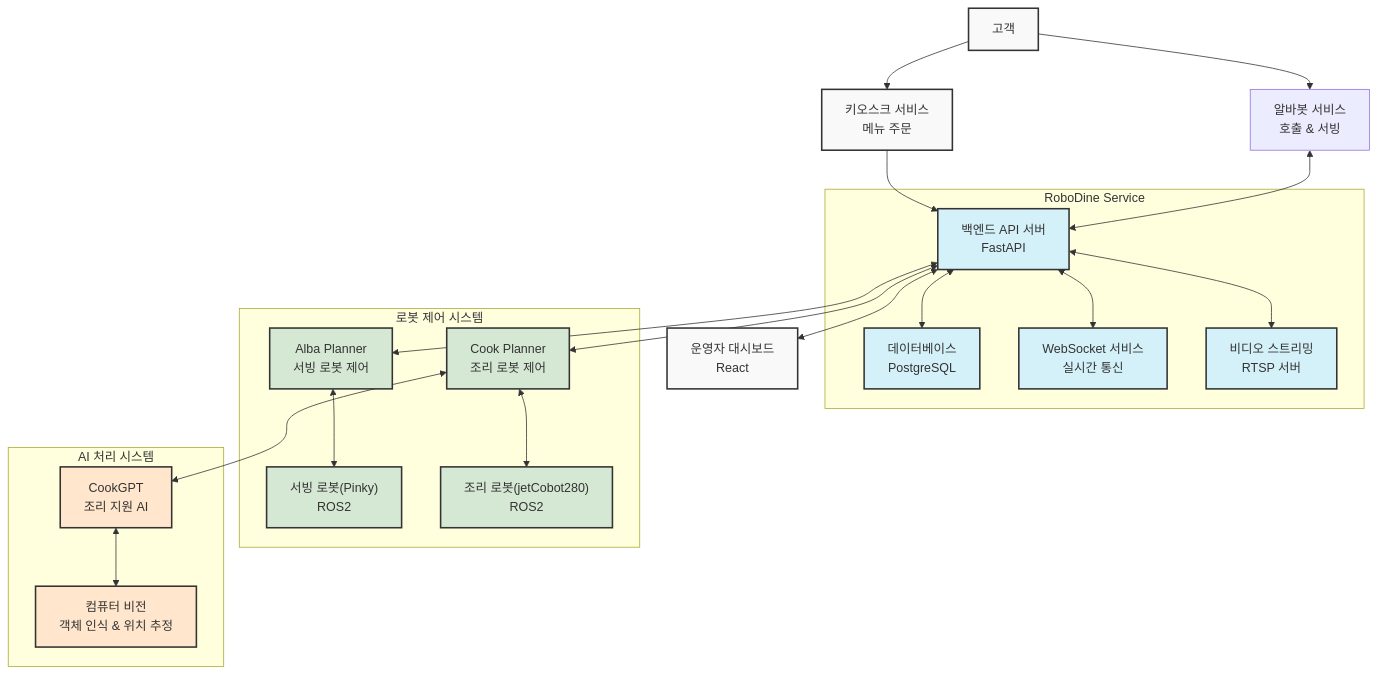
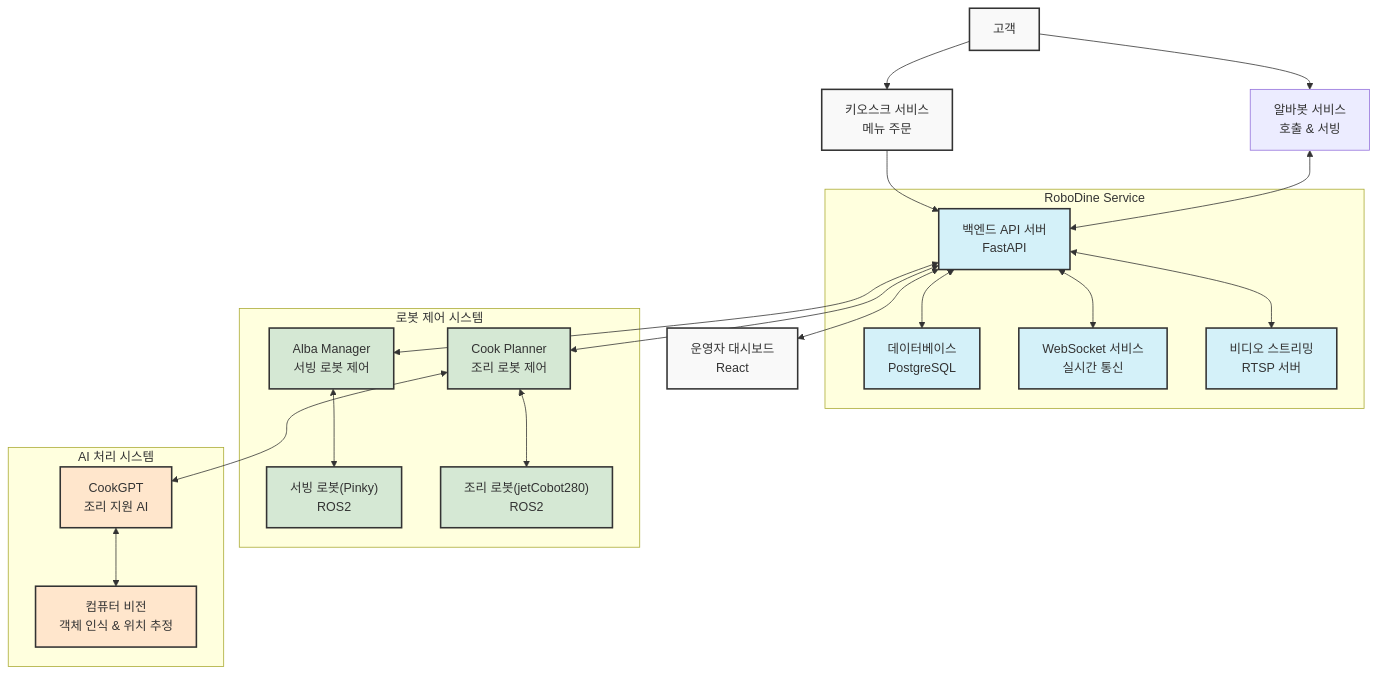
Before and after one commit to addinedu-roscamp-4th/roscamp-repo-2: the diagram in docs/architecture.md, drawn with Mermaid. The commit also changed other lines of this file and 4 other files, not shown here.

Commit message:
rename alba_planner -> alba_manager

````diff
--- a/docs/architecture.md
+++ b/docs/architecture.md
@@ -9,37 +9,37 @@
 ```mermaid
 graph TB
     A[고객] --> B[알바봇 서비스<br>호출 & 서빙]
     A --> C[키오스크 서비스<br>메뉴 주문]
     
     subgraph "RoboDine Service"
         D[백엔드 API 서버<br>FastAPI] <--> E[데이터베이스<br>PostgreSQL]
         D <--> F[WebSocket 서비스<br>실시간 통신]
         D <--> G[비디오 스트리밍<br>RTSP 서버]
     end
     
     subgraph "로봇 제어 시스템"
-        H[Alba Planner<br>서빙 로봇 제어] <--> I["서빙 로봇(Pinky)<br>ROS2"]
+        H[Alba Manager<br>서빙 로봇 제어] <--> I["서빙 로봇(Pinky)<br>ROS2"]
         J[Cook Planner<br>조리 로봇 제어] <--> K["조리 로봇(jetCobot280)<br>ROS2"]
     end
     
     subgraph "AI 처리 시스템"
         L[CookGPT<br>조리 지원 AI] <--> M[컴퓨터 비전<br>객체 인식 & 위치 추정]
     end
     
     C --> D
     B <--> D
     D <--> H
     D <--> J
     D <--> N[운영자 대시보드<br>React]
     J <--> L
     
     class A,C,N emphasis
     class D,E,F,G core
     class H,I,J,K robots
     class L,M ai
     
     classDef emphasis fill:#f9f9f9,stroke:#333,stroke-width:2px
     classDef core fill:#d4f1f9,stroke:#333,stroke-width:2px
     classDef robots fill:#d5e8d4,stroke:#333,stroke-width:2px
     classDef ai fill:#ffe6cc,stroke:#333,stroke-width:2px
 ```
````
